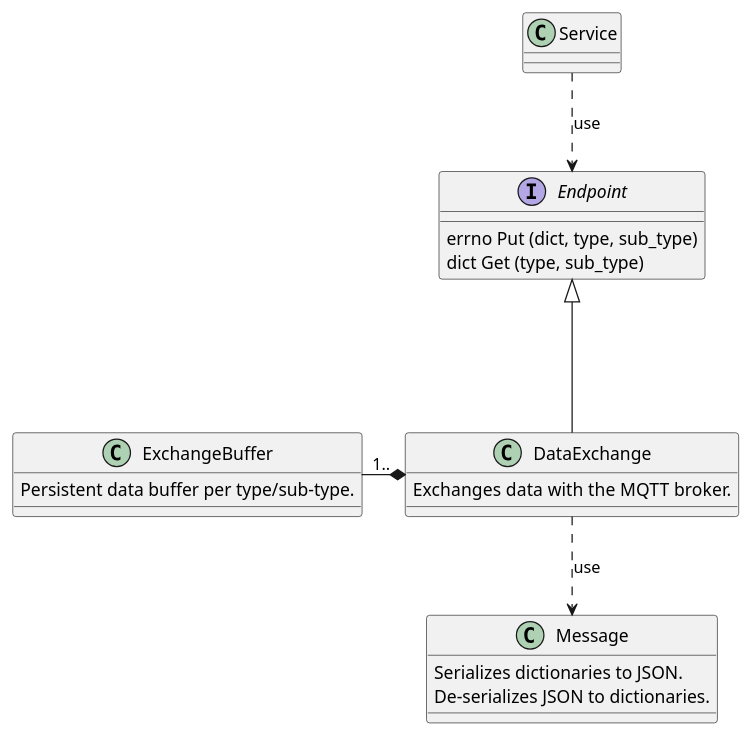
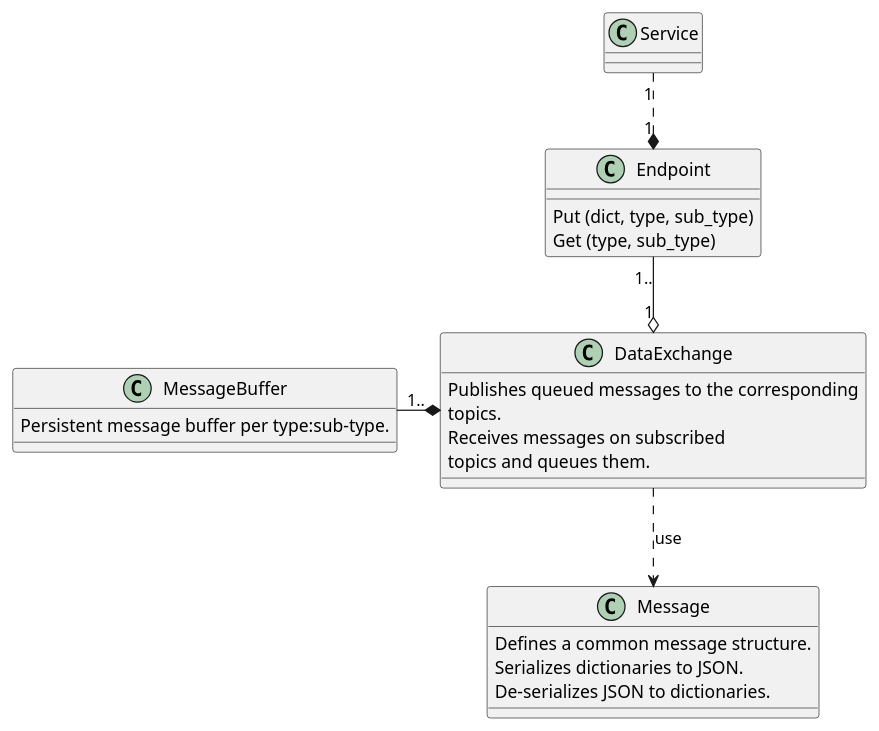
One commit to MatoMatoGit/upyiot changed the diagram in doc/class_DataExchange.puml. Above: the diagram before and after it, drawn with PlantUML.

Commit message:
* doc/class_DataExchange: Updated.

```diff
--- a/doc/class_DataExchange.puml
+++ b/doc/class_DataExchange.puml
@@ -2,33 +2,37 @@
 @startuml
 
-interface Endpoint {
-	errno Put (dict, type, sub_type)
-	dict Get (type, sub_type)
+class Endpoint {
+	Put (dict, type, sub_type)
+	Get (type, sub_type)
 }
 
 class Service {
 }
 
-class ExchangeBuffer {
-	Persistent data buffer per type/sub-type.
+class MessageBuffer {
+	Persistent message buffer per type:sub-type.
 }
 
 class Message {
+    Defines a common message structure.
 	Serializes dictionaries to JSON.
 	De-serializes JSON to dictionaries.
 }
 
 class DataExchange {
-	Exchanges data with the MQTT broker.
+	Publishes queued messages to the corresponding
+	topics.
+	Receives messages on subscribed
+	topics and queues them.
 }
 
-DataExchange -up--|> Endpoint
+Endpoint "1.."--o "1" DataExchange
 
 DataExchange ..> Message : use
 
-ExchangeBuffer "1.." -right--* DataExchange
+MessageBuffer "1.." -right--* DataExchange
 
-Service ..> Endpoint : use
+Service "1" ..* "1" Endpoint
 
 
 @enduml
```
